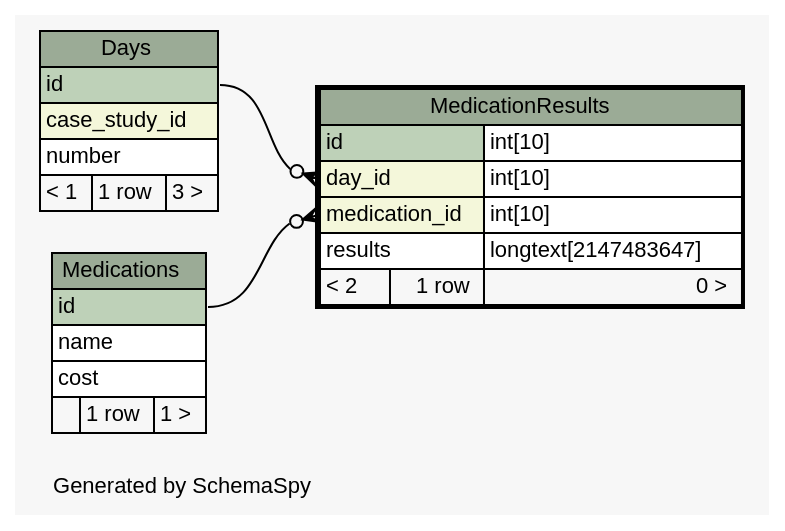
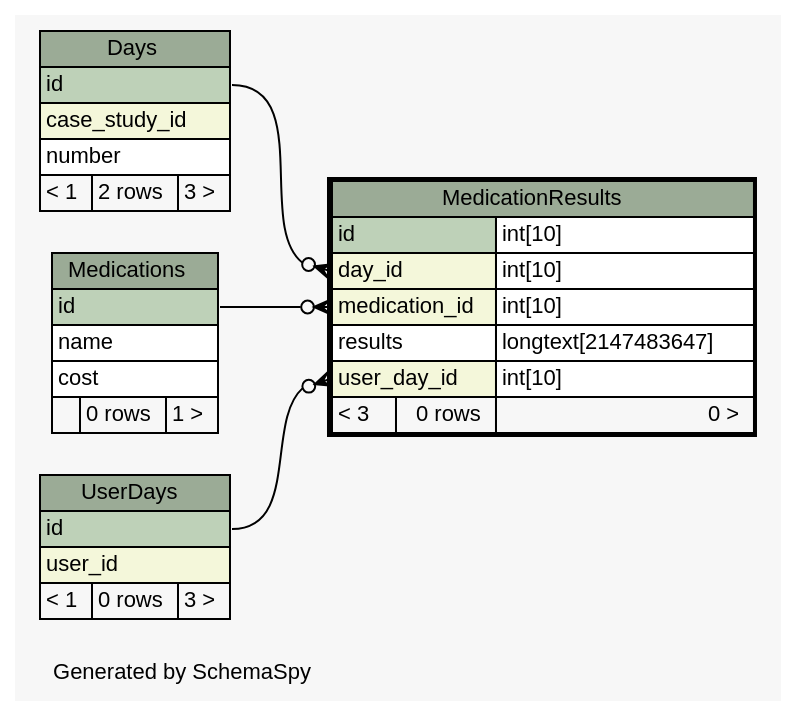
Before and after one commit to carrel2/CaseStudies: the diagram in web/files/schema/diagrams/MedicationResults.1degree.dot, drawn with Graphviz. The commit also changed 88 other files, not shown here.

Commit message:
Add table to store user input, for use to compare with original case and review after completion

```diff
--- a/web/files/schema/diagrams/MedicationResults.1degree.dot
+++ b/web/files/schema/diagrams/MedicationResults.1degree.dot
@@ -1,61 +1,74 @@
-// dot 2.38.0 on Linux 4.4.0-62-generic
+// dot 2.38.0 on Linux 4.4.0-64-generic
 // SchemaSpy rev 590
 digraph "oneDegreeRelationshipsDiagram" {
   graph [
     rankdir="RL"
     bgcolor="#f7f7f7"
     label="\nGenerated by SchemaSpy"
     labeljust="l"
     nodesep="0.18"
     ranksep="0.46"
     fontname="Helvetica"
     fontsize="11"
   ];
   node [
     fontname="Helvetica"
     fontsize="11"
     shape="plaintext"
   ];
   edge [
     arrowsize="0.8"
   ];
   "MedicationResults":"day_id":w -> "Days":"id":e [arrowhead=none dir=back arrowtail=crowodot];
   "MedicationResults":"medication_id":w -> "Medications":"id":e [arrowhead=none dir=back arrowtail=crowodot];
+  "MedicationResults":"user_day_id":w -> "UserDays":"id":e [arrowhead=none dir=back arrowtail=crowodot];
   "Days" [
     label=<
     <TABLE BORDER="0" CELLBORDER="1" CELLSPACING="0" BGCOLOR="#ffffff">
       <TR><TD COLSPAN="3" BGCOLOR="#9bab96" ALIGN="CENTER">Days</TD></TR>
       <TR><TD PORT="id" COLSPAN="3" BGCOLOR="#bed1b8" ALIGN="LEFT">id</TD></TR>
       <TR><TD PORT="case_study_id" COLSPAN="3" BGCOLOR="#f4f7da" ALIGN="LEFT">case_study_id</TD></TR>
       <TR><TD PORT="number" COLSPAN="3" ALIGN="LEFT">number</TD></TR>
-      <TR><TD ALIGN="LEFT" BGCOLOR="#f7f7f7">&lt; 1</TD><TD ALIGN="RIGHT" BGCOLOR="#f7f7f7">1 row</TD><TD ALIGN="RIGHT" BGCOLOR="#f7f7f7">3 &gt;</TD></TR>
+      <TR><TD ALIGN="LEFT" BGCOLOR="#f7f7f7">&lt; 1</TD><TD ALIGN="RIGHT" BGCOLOR="#f7f7f7">2 rows</TD><TD ALIGN="RIGHT" BGCOLOR="#f7f7f7">3 &gt;</TD></TR>
     </TABLE>>
     URL="Days.html"
     tooltip="Days"
   ];
   "MedicationResults" [
     label=<
     <TABLE BORDER="2" CELLBORDER="1" CELLSPACING="0" BGCOLOR="#ffffff">
       <TR><TD COLSPAN="3" BGCOLOR="#9bab96" ALIGN="CENTER">MedicationResults</TD></TR>
       <TR><TD PORT="id" COLSPAN="2" BGCOLOR="#bed1b8" ALIGN="LEFT">id</TD><TD PORT="id.type" ALIGN="LEFT">int[10]</TD></TR>
       <TR><TD PORT="day_id" COLSPAN="2" BGCOLOR="#f4f7da" ALIGN="LEFT">day_id</TD><TD PORT="day_id.type" ALIGN="LEFT">int[10]</TD></TR>
       <TR><TD PORT="medication_id" COLSPAN="2" BGCOLOR="#f4f7da" ALIGN="LEFT">medication_id</TD><TD PORT="medication_id.type" ALIGN="LEFT">int[10]</TD></TR>
       <TR><TD PORT="results" COLSPAN="2" ALIGN="LEFT">results</TD><TD PORT="results.type" ALIGN="LEFT">longtext[2147483647]</TD></TR>
-      <TR><TD ALIGN="LEFT" BGCOLOR="#f7f7f7">&lt; 2</TD><TD ALIGN="RIGHT" BGCOLOR="#f7f7f7">1 row</TD><TD ALIGN="RIGHT" BGCOLOR="#f7f7f7">0 &gt;</TD></TR>
+      <TR><TD PORT="user_day_id" COLSPAN="2" BGCOLOR="#f4f7da" ALIGN="LEFT">user_day_id</TD><TD PORT="user_day_id.type" ALIGN="LEFT">int[10]</TD></TR>
+      <TR><TD ALIGN="LEFT" BGCOLOR="#f7f7f7">&lt; 3</TD><TD ALIGN="RIGHT" BGCOLOR="#f7f7f7">0 rows</TD><TD ALIGN="RIGHT" BGCOLOR="#f7f7f7">0 &gt;</TD></TR>
     </TABLE>>
     URL="MedicationResults.html"
     tooltip="MedicationResults"
   ];
   "Medications" [
     label=<
     <TABLE BORDER="0" CELLBORDER="1" CELLSPACING="0" BGCOLOR="#ffffff">
       <TR><TD COLSPAN="3" BGCOLOR="#9bab96" ALIGN="CENTER">Medications</TD></TR>
       <TR><TD PORT="id" COLSPAN="3" BGCOLOR="#bed1b8" ALIGN="LEFT">id</TD></TR>
       <TR><TD PORT="name" COLSPAN="3" ALIGN="LEFT">name</TD></TR>
       <TR><TD PORT="cost" COLSPAN="3" ALIGN="LEFT">cost</TD></TR>
-      <TR><TD ALIGN="LEFT" BGCOLOR="#f7f7f7">  </TD><TD ALIGN="RIGHT" BGCOLOR="#f7f7f7">1 row</TD><TD ALIGN="RIGHT" BGCOLOR="#f7f7f7">1 &gt;</TD></TR>
+      <TR><TD ALIGN="LEFT" BGCOLOR="#f7f7f7">  </TD><TD ALIGN="RIGHT" BGCOLOR="#f7f7f7">0 rows</TD><TD ALIGN="RIGHT" BGCOLOR="#f7f7f7">1 &gt;</TD></TR>
     </TABLE>>
     URL="Medications.html"
     tooltip="Medications"
   ];
+  "UserDays" [
+    label=<
+    <TABLE BORDER="0" CELLBORDER="1" CELLSPACING="0" BGCOLOR="#ffffff">
+      <TR><TD COLSPAN="3" BGCOLOR="#9bab96" ALIGN="CENTER">UserDays</TD></TR>
+      <TR><TD PORT="id" COLSPAN="3" BGCOLOR="#bed1b8" ALIGN="LEFT">id</TD></TR>
+      <TR><TD PORT="user_id" COLSPAN="3" BGCOLOR="#f4f7da" ALIGN="LEFT">user_id</TD></TR>
+      <TR><TD ALIGN="LEFT" BGCOLOR="#f7f7f7">&lt; 1</TD><TD ALIGN="RIGHT" BGCOLOR="#f7f7f7">0 rows</TD><TD ALIGN="RIGHT" BGCOLOR="#f7f7f7">3 &gt;</TD></TR>
+    </TABLE>>
+    URL="UserDays.html"
+    tooltip="UserDays"
+  ];
 }
```
